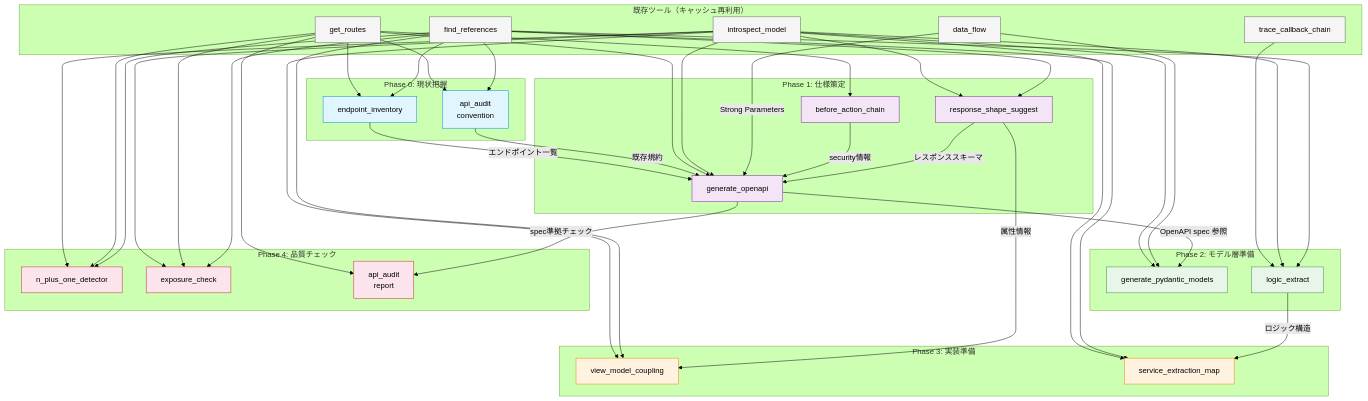
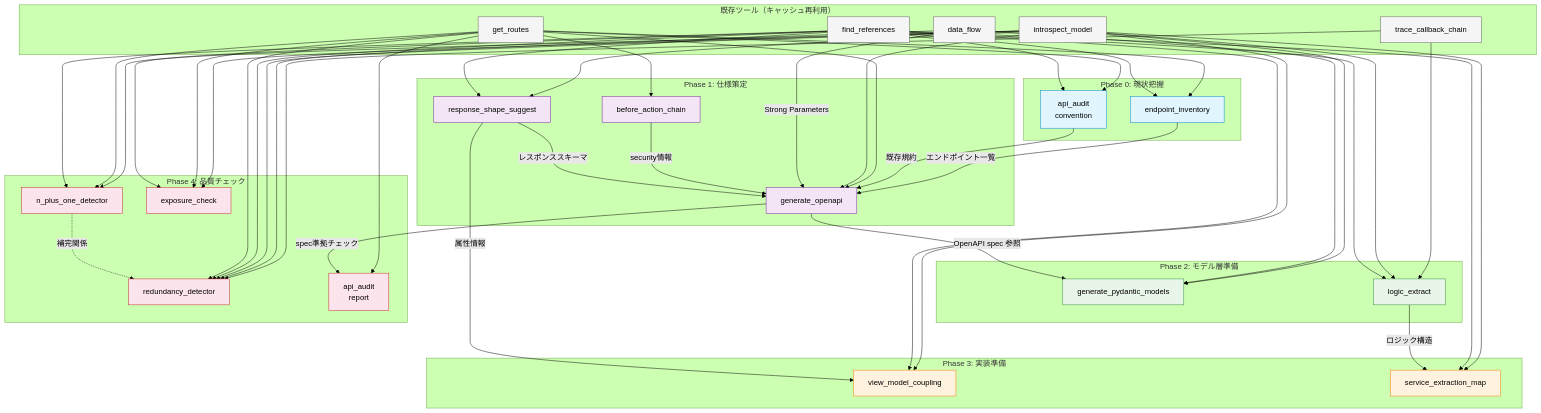
One commit to ei-nakamura/rails-lens changed the diagram in docs/API_MIGRATION_FEATURES.md. Above: the diagram before and after it, drawn with Mermaid (forest theme). The commit also changed other lines of this file, not shown here.

First line of the commit message:
docs: integrate F-5 redundancy_detector into workflow and implementation phases

````diff
--- a/docs/API_MIGRATION_FEATURES.md
+++ b/docs/API_MIGRATION_FEATURES.md
@@ -2400,6 +2401,7 @@
 
     subgraph "Phase 4: 品質チェック"
         NPO[n_plus_one_detector]
+        RD[redundancy_detector]
         EC[exposure_check]
         AA_R[api_audit<br/>report]
     end
@@ -2450,6 +2452,12 @@
     IM --> NPO
     GR --> NPO
     FR --> NPO
+    TCB --> RD
+    DF --> RD
+    IM --> RD
+    FR --> RD
+    GR --> RD
+    NPO -.->|補完関係| RD
     IM --> EC
     GR --> EC
     FR --> EC
@@ -2468,6 +2476,6 @@
     class GO,RSS,BAC phase1
     class GPM,LE phase2
     class VMC,SEM phase3
-    class NPO,EC,AA_R phase4
+    class NPO,RD,EC,AA_R phase4
     class GR,IM,FR,TCB,DF existing
 ```
````
